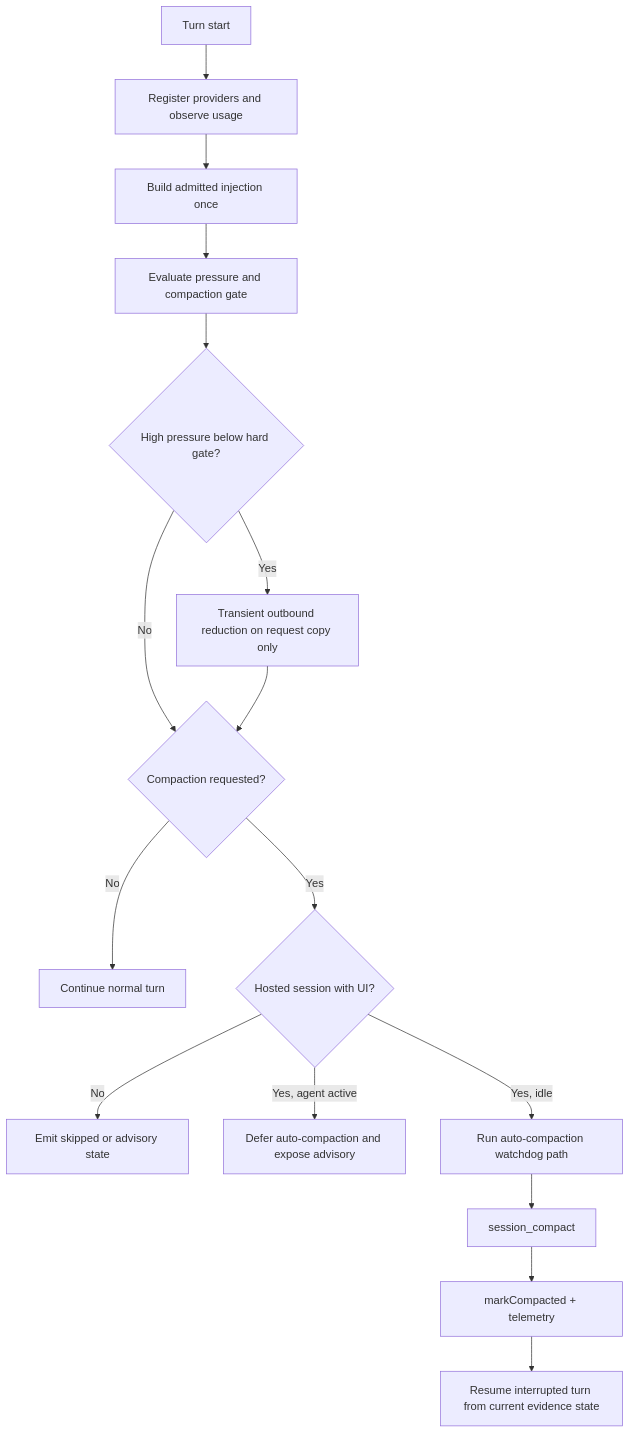
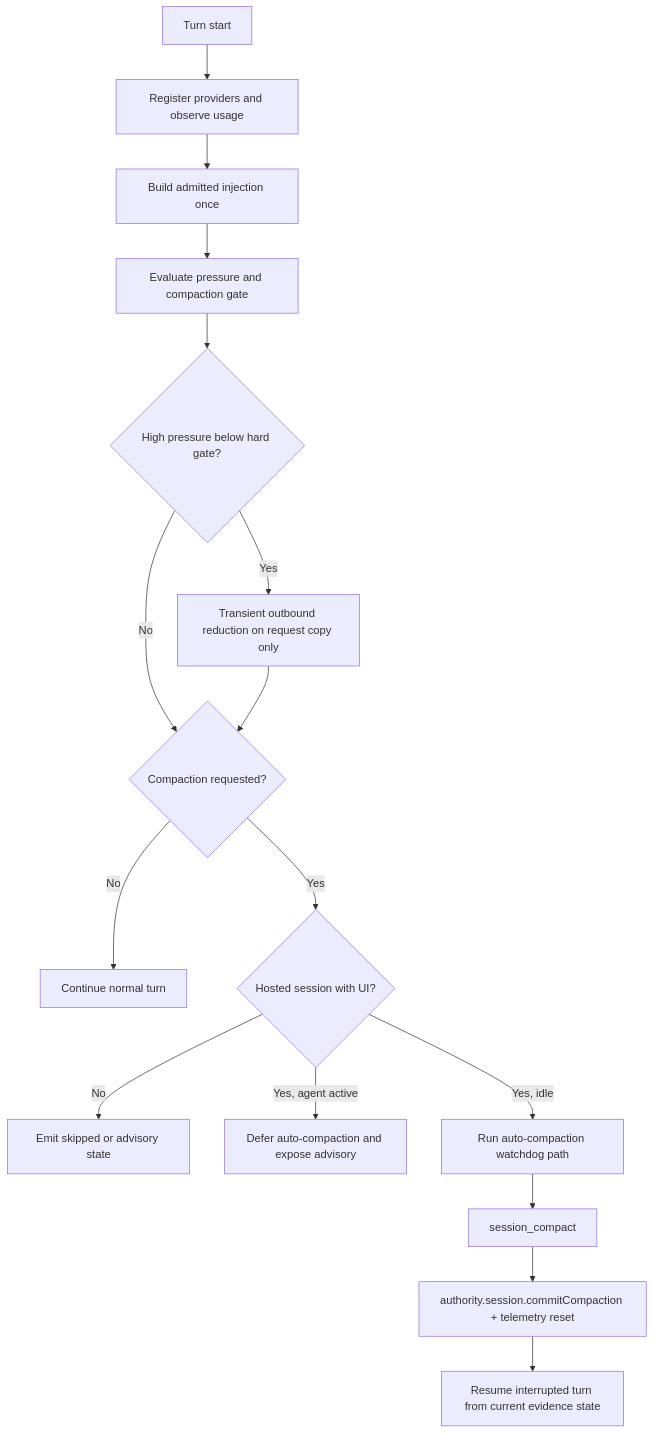
The diagram in docs/journeys/internal/context-and-compaction.md (arcthur/brewva), drawn with Mermaid before and after one commit. The commit also changed other lines of this file and 57 other files, not shown here.

````diff
--- a/docs/journeys/internal/context-and-compaction.md
+++ b/docs/journeys/internal/context-and-compaction.md
@@ -39,18 +39,18 @@
 ```mermaid
 flowchart TD
   A["Turn start"] --> B["Register providers and observe usage"]
   B --> C["Build admitted injection once"]
   C --> D["Evaluate pressure and compaction gate"]
   D --> R{"High pressure below hard gate?"}
   R -->|Yes| S["Transient outbound reduction on request copy only"]
   R -->|No| E{"Compaction requested?"}
   S --> E
   E -->|No| F["Continue normal turn"]
   E -->|Yes| G{"Hosted session with UI?"}
   G -->|No| H["Emit skipped or advisory state"]
   G -->|Yes, agent active| I["Defer auto-compaction and expose advisory"]
   G -->|Yes, idle| J["Run auto-compaction watchdog path"]
   J --> K["session_compact"]
-  K --> L["markCompacted + telemetry"]
+  K --> L["authority.session.commitCompaction + telemetry reset"]
   L --> M["Resume interrupted turn from current evidence state"]
 ```
````
